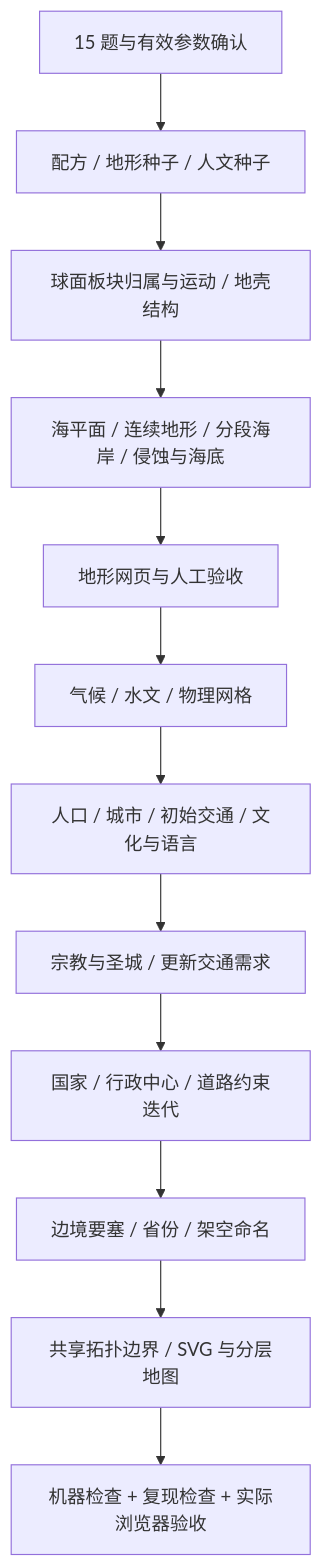
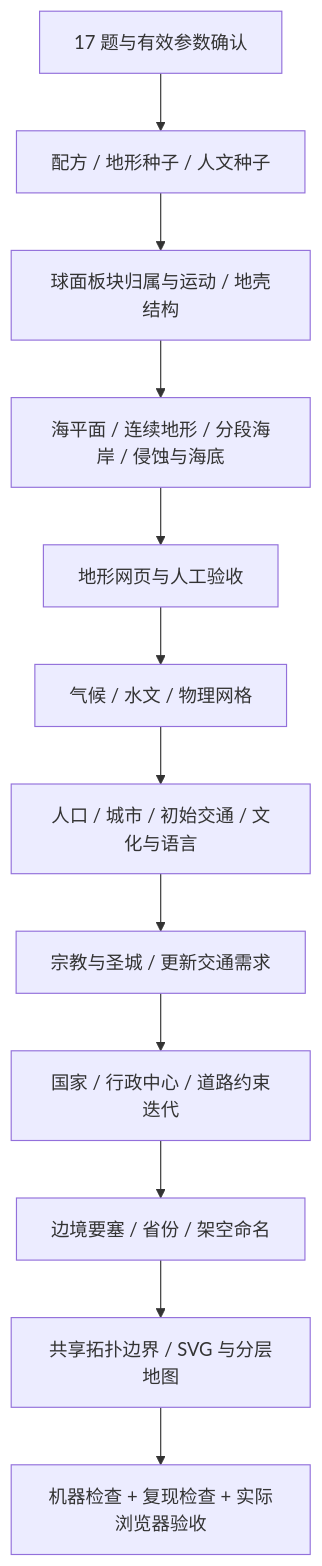
Before and after one commit to yuuranku/world-atlas-engine: the diagram in README.md, drawn with Mermaid. The commit also changed other lines of this file and 52 other files, not shown here.

````diff
--- a/README.md
+++ b/README.md
@@ -69,14 +69,14 @@
 ```mermaid
 flowchart TD
-  Q[15 题与有效参数确认] --> S[配方 / 地形种子 / 人文种子]
+  Q[17 题与有效参数确认] --> S[配方 / 地形种子 / 人文种子]
   S --> T[球面板块归属与运动 / 地壳结构]
   T --> H[海平面 / 连续地形 / 分段海岸 / 侵蚀与海底]
   H --> V[地形网页与人工验收]
   V --> P[气候 / 水文 / 物理网格]
   P --> C[人口 / 城市 / 初始交通 / 文化与语言]
   C --> R[宗教与圣城 / 更新交通需求]
   R --> N[国家 / 行政中心 / 道路约束迭代]
   N --> A[边境要塞 / 省份 / 架空命名]
   A --> M[共享拓扑边界 / SVG 与分层地图]
   M --> E[机器检查 + 复现检查 + 实际浏览器验收]
 ```
````
